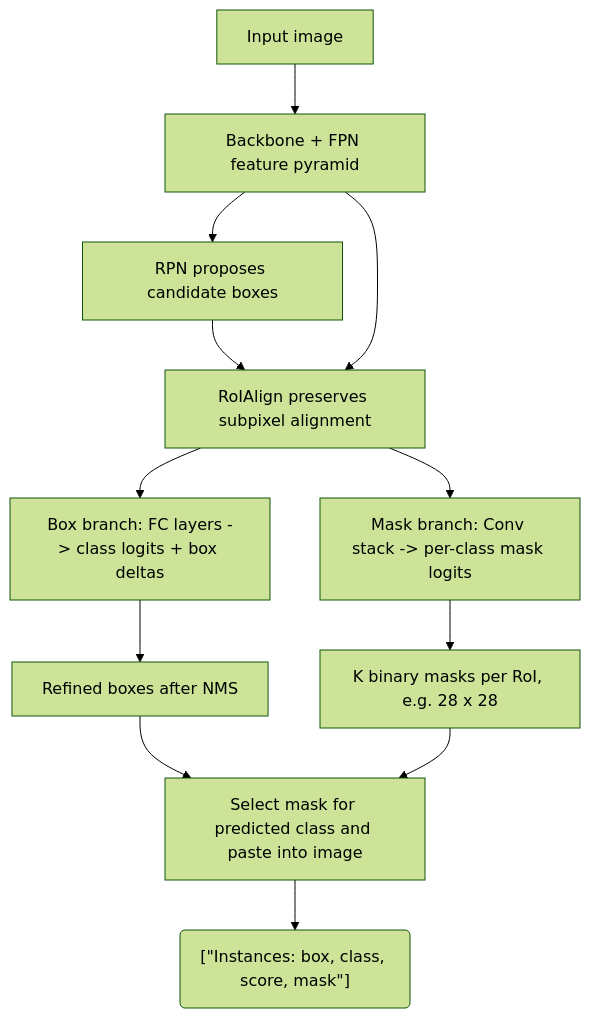
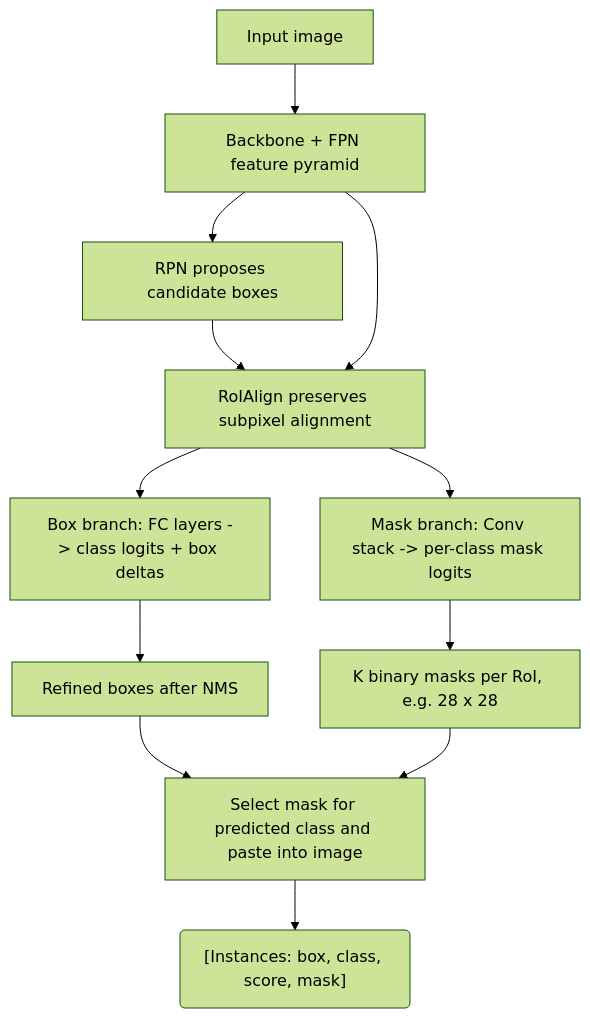
The fourth of 4 diagrams in docs/cs/deep-learning/computer-vision-applications.md (justinbrianhwang/SJ-wiki), drawn with Mermaid (forest theme) before and after one commit. The commit also changed other lines of this file and 83 other files, not shown here.

Commit message:
Fix Mermaid #quot; artifacts from broken sanitizer + add fix-mermaid-broken-quot.py tool (77 files repaired)

````diff
--- a/docs/cs/deep-learning/computer-vision-applications.md
+++ b/docs/cs/deep-learning/computer-vision-applications.md
@@ -141,14 +141,14 @@
 ```mermaid
 flowchart TB
   Img["Input image"] --> Backbone["Backbone + FPN feature pyramid"]
   Backbone --> RPN["RPN proposes candidate boxes"]
   RPN --> Align["RoIAlign preserves subpixel alignment"]
   Backbone --> Align
   Align --> BoxHead["Box branch: FC layers -> class logits + box deltas"]
   Align --> MaskHead["Mask branch: Conv stack -> per-class mask logits"]
   BoxHead --> Boxes["Refined boxes after NMS"]
   MaskHead --> Masks["K binary masks per RoI, e.g. 28 x 28"]
   Boxes --> Select["Select mask for predicted class and paste into image"]
   Masks --> Select
-  Select --> Out("[#quot;Instances: box, class, score, mask#quot;]")
+  Select --> Out("#lsqb;Instances: box, class, score, mask#rsqb;")
 ```
````
